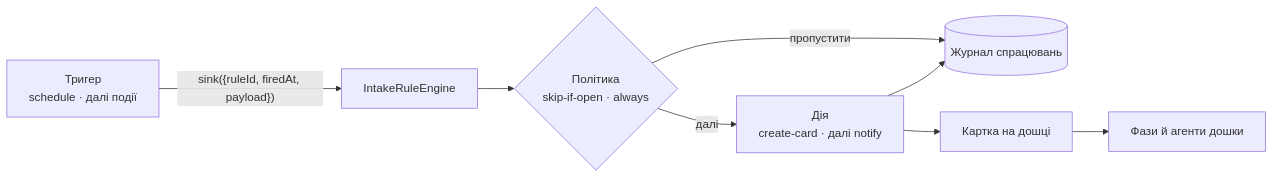
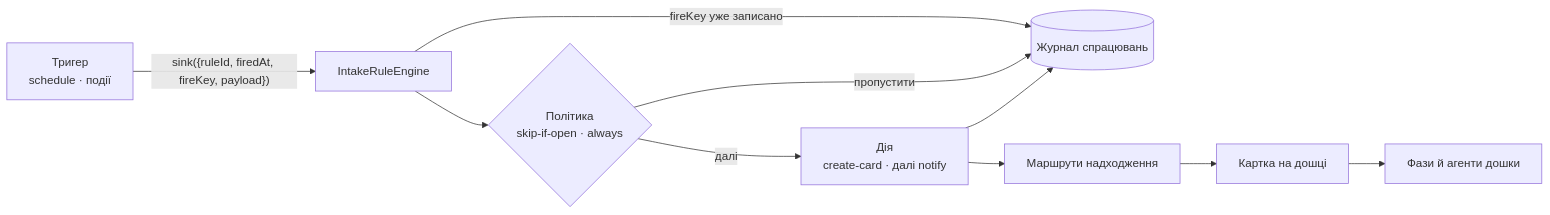
One commit to works-yura/software-factory changed the diagram in docs/features/intake/design.md. Above: the diagram before and after it, drawn with Mermaid. The commit also changed other lines of this file and 4 other files, not shown here.

````diff
--- a/docs/features/intake/design.md
+++ b/docs/features/intake/design.md
@@ -19,9 +27,10 @@
 ```mermaid
 flowchart LR
-  T[Тригер<br/>schedule · далі події] -- "sink({ruleId, firedAt, payload})" --> E[IntakeRuleEngine]
+  T[Тригер<br/>schedule · події] -- "sink({ruleId, firedAt, fireKey, payload})" --> E[IntakeRuleEngine]
+  E -- "fireKey уже записано" --> R
   E --> P{Політика<br/>skip-if-open · always}
   P -- пропустити --> R[(Журнал спрацювань)]
   P -- далі --> A[Дія<br/>create-card · далі notify]
   A --> R
-  A --> C[Картка на дошці] --> B[Фази й агенти дошки]
+  A --> M[Маршрути надходження] --> C[Картка на дошці] --> B[Фази й агенти дошки]
 ```
````
